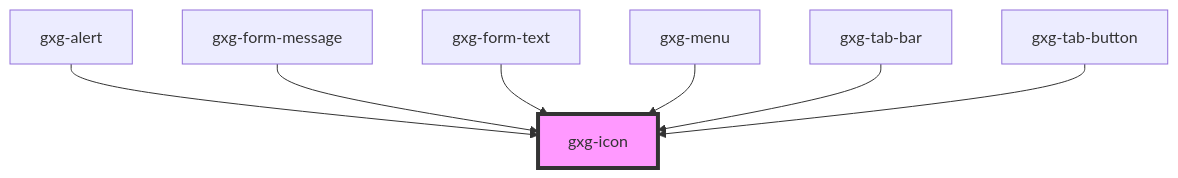
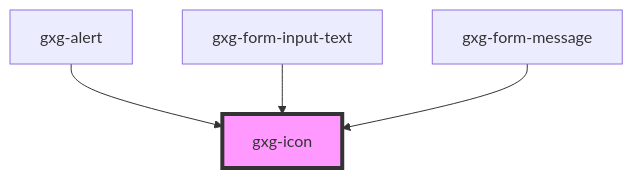
Before and after one commit to genexuslabs/gemini: the diagram in src/components/icon/readme.md, drawn with Mermaid. The commit also changed other lines of this file and 72 other files, not shown here.

````diff
--- a/src/components/icon/readme.md
+++ b/src/components/icon/readme.md
@@ -35,10 +24,7 @@
 ```mermaid
 graph TD;
   gxg-alert --> gxg-icon
+  gxg-form-input-text --> gxg-icon
   gxg-form-message --> gxg-icon
-  gxg-form-text --> gxg-icon
-  gxg-menu --> gxg-icon
-  gxg-tab-bar --> gxg-icon
-  gxg-tab-button --> gxg-icon
   style gxg-icon fill:#f9f,stroke:#333,stroke-width:4px
 ```
````
